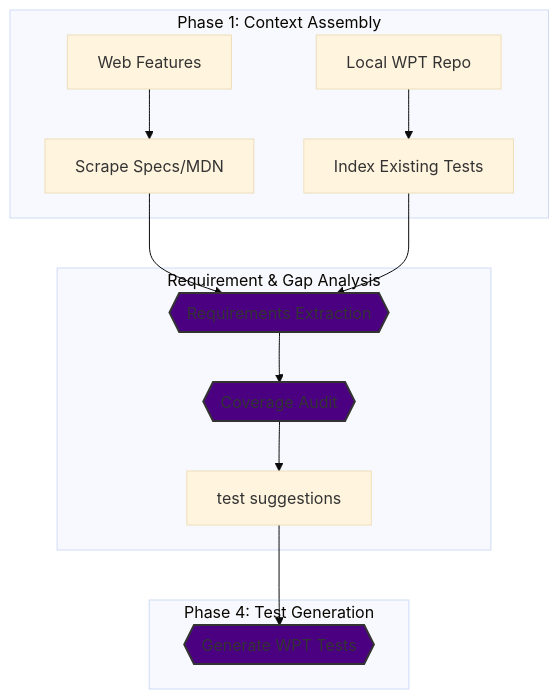
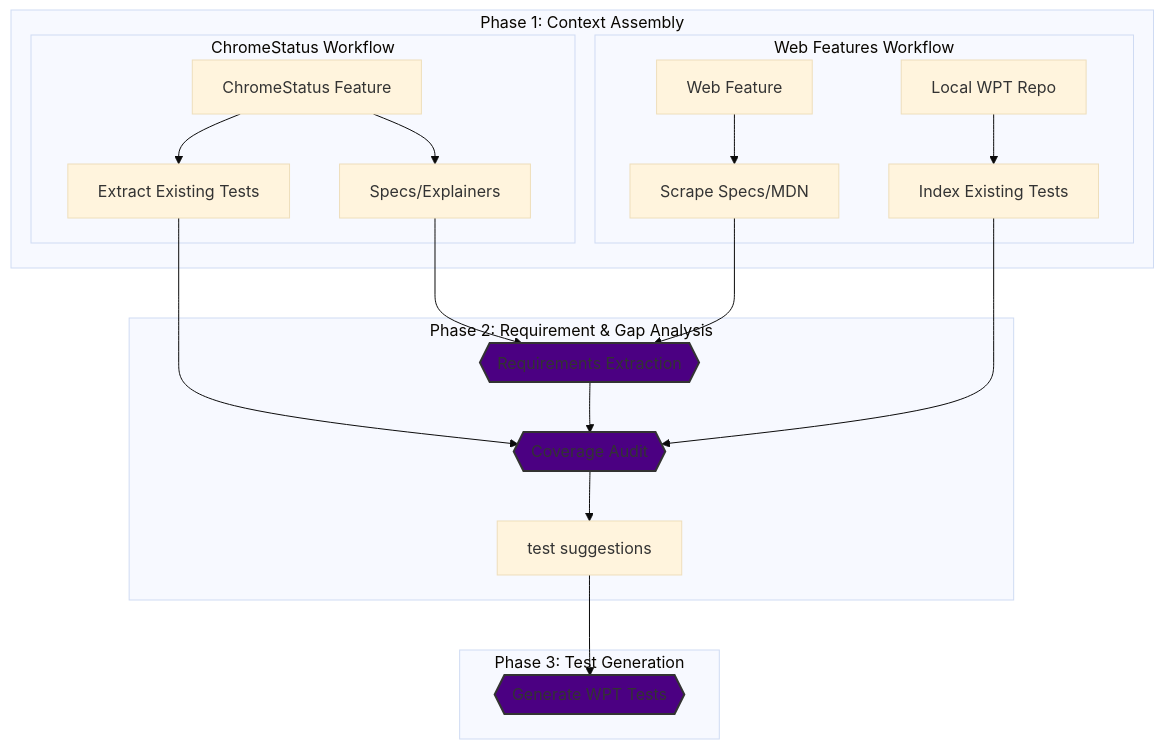
Before and after one commit to GoogleChromeLabs/wpt-gen: the diagram in README.md, drawn with Mermaid (base theme). The commit also changed other lines of this file, not shown here.

Commit message:
docs: update README.md with ChromeStatus integration details

````diff
--- a/README.md
+++ b/README.md
@@ -30,20 +31,26 @@
 ```mermaid
 flowchart TD
     subgraph Phase1[Phase 1: Context Assembly]
-        A[Web Features] --> B[Scrape Specs/MDN]
-        C[Local WPT Repo] --> D[Index Existing Tests]
+        subgraph WF[Web Features Workflow]
+            A[Web Feature] --> B[Scrape Specs/MDN]
+            C[Local WPT Repo] --> D[Index Existing Tests]
+        end
+        subgraph CS[ChromeStatus Workflow]
+            I[ChromeStatus Feature] --> J[Specs/Explainers]
+            I --> K[Extract Existing Tests]
+        end
     end
 
-    subgraph Analysis[Requirement & Gap Analysis]
-        B & D --> E{{Requirements Extraction}}
-        E --> F{{Coverage Audit}}
+    subgraph Analysis[Phase 2: Requirement & Gap Analysis]
+        B & J --> E{{Requirements Extraction}}
+        E & D & K --> F{{Coverage Audit}}
         F --> G[test suggestions]
     end
 
-    subgraph Phase4[Phase 4: Test Generation]
+    subgraph Phase3[Phase 3: Test Generation]
         G --> H{{Generate WPT Tests}}
     end
 
     classDef llm fill:#4B0082,stroke:#333,stroke-width:2px;
     class E,F,H llm;
 ```
````
